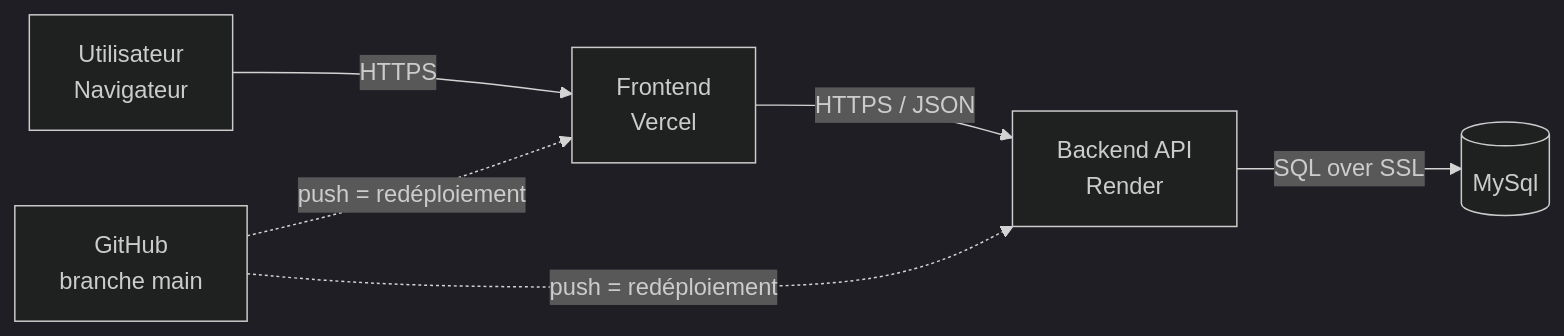
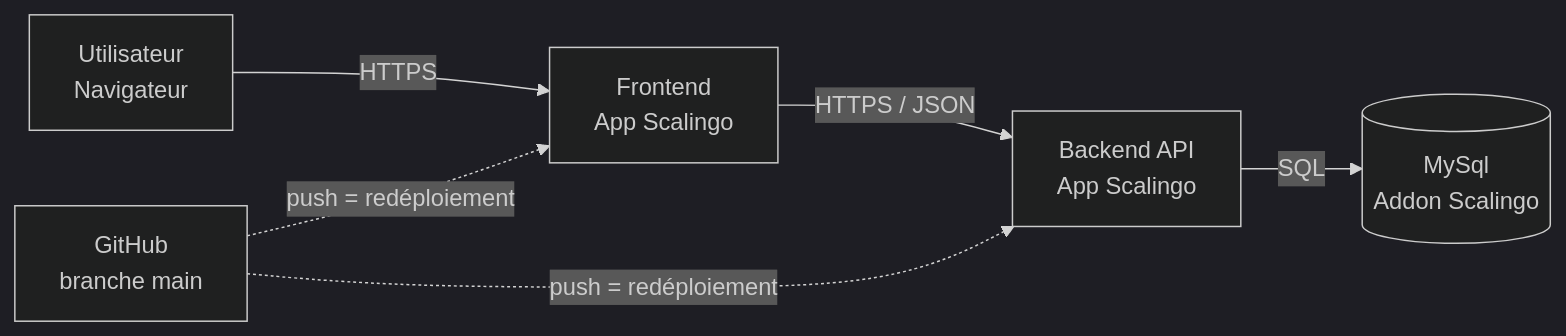
The diagram in README.md (Evanfever13/Projet_Hebergement), drawn with Mermaid (dark theme) before and after one commit. The commit also changed other lines of this file, not shown here.

````diff
--- a/README.md
+++ b/README.md
@@ -33,8 +31,8 @@
 ```mermaid
 flowchart LR
-    U[Utilisateur<br/>Navigateur] -->|HTTPS| F[Frontend<br/>Vercel]
-    F -->|HTTPS / JSON| B[Backend API<br/>Render]
-    B -->|SQL over SSL| D[(MySql<br/>)]
+    U[Utilisateur<br/>Navigateur] -->|HTTPS| F[Frontend<br/>App Scalingo]
+    F -->|HTTPS / JSON| B[Backend API<br/>App Scalingo]
+    B -->|SQL| D[(MySql<br/>Addon Scalingo)]
     G[GitHub<br/>branche main] -.->|push = redéploiement| F
     G -.->|push = redéploiement| B
 ```
````
